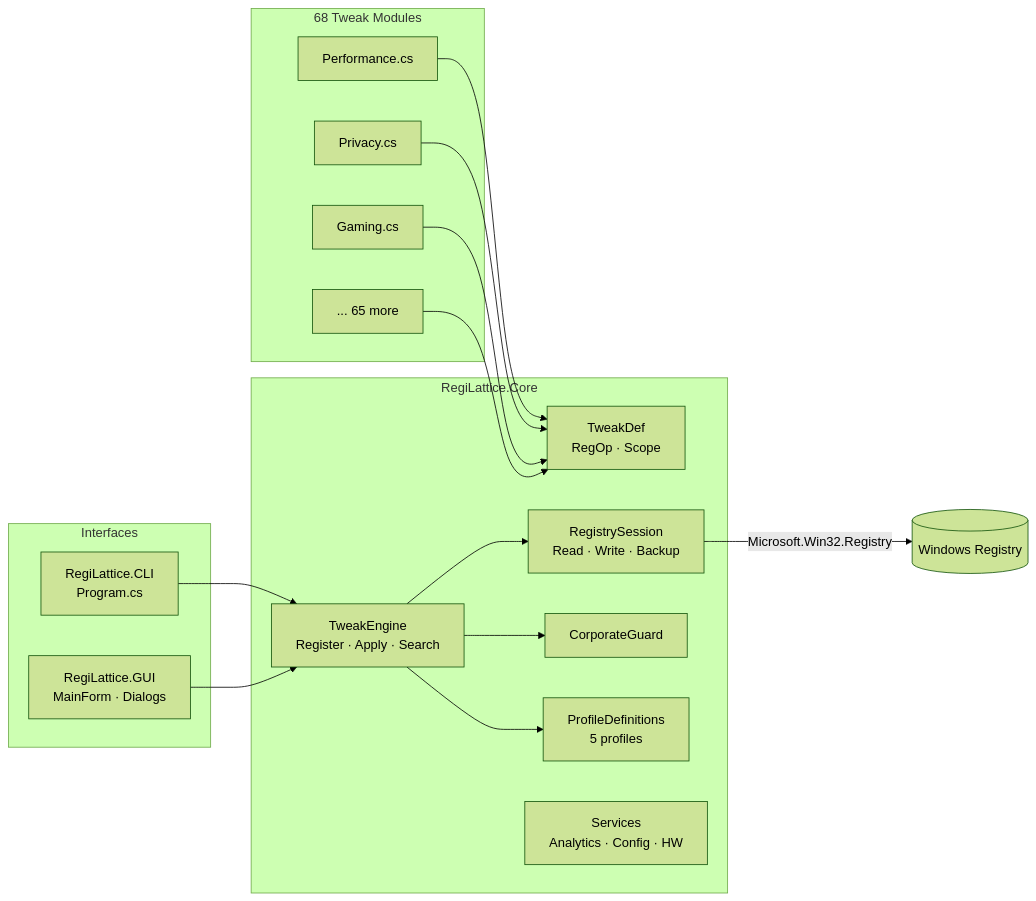
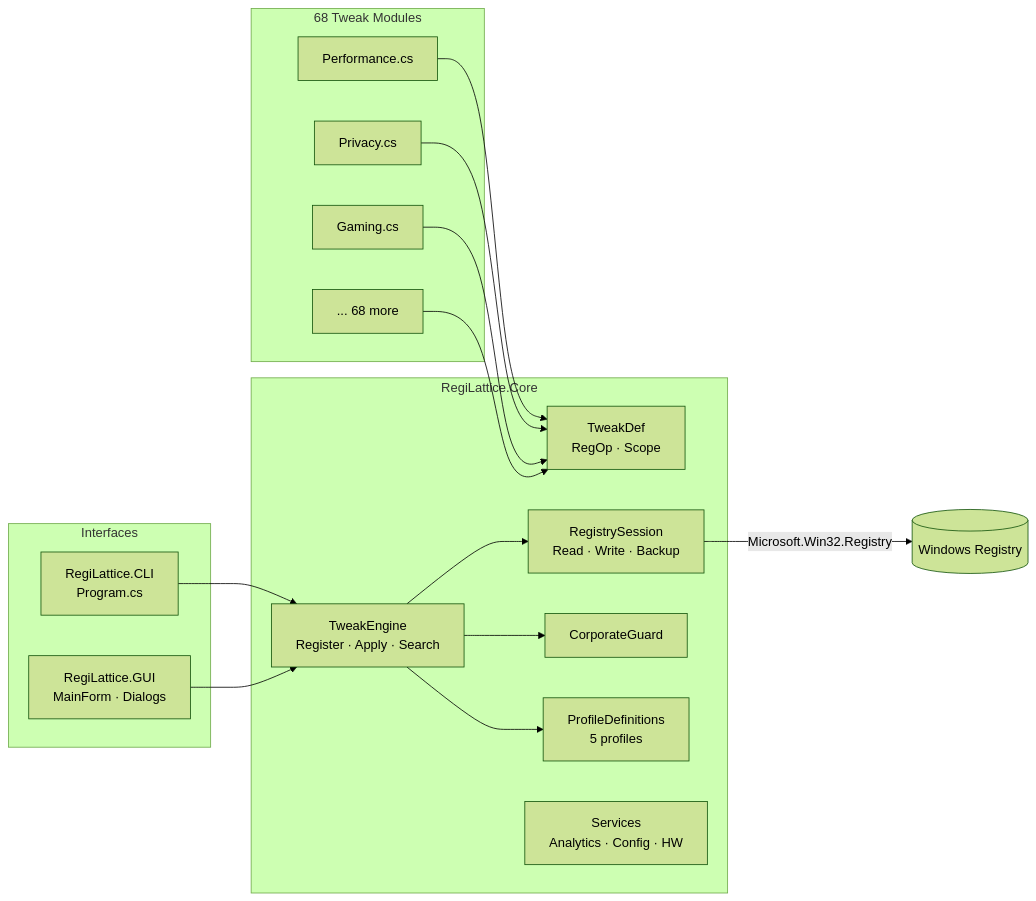
The diagram in Readme.md (RajwanYair/RegiLattice), drawn with Mermaid (forest theme) before and after one commit. The commit also changed other lines of this file and 78 other files, not shown here.

````diff
--- a/Readme.md
+++ b/Readme.md
@@ -34,34 +34,34 @@
 ```mermaid
 graph LR
     subgraph Interfaces
         CLI[RegiLattice.CLI<br/>Program.cs]
         GUI[RegiLattice.GUI<br/>MainForm · Dialogs]
     end
 
     subgraph Core["RegiLattice.Core"]
         TE[TweakEngine<br/>Register · Apply · Search]
         TD[TweakDef<br/>RegOp · Scope]
         RS[RegistrySession<br/>Read · Write · Backup]
         CG[CorporateGuard]
         PD[ProfileDefinitions<br/>5 profiles]
         SV[Services<br/>Analytics · Config · HW]
     end
 
     subgraph Tweaks["68 Tweak Modules"]
         T1[Performance.cs]
         T2[Privacy.cs]
         T3[Gaming.cs]
-        TN[... 65 more]
+        TN[... 68 more]
     end
 
     CLI --> TE
     GUI --> TE
     TE --> RS
     TE --> CG
     TE --> PD
     T1 --> TD
     T2 --> TD
     T3 --> TD
     TN --> TD
     RS -->|Microsoft.Win32.Registry| WR[(Windows Registry)]
 ```
````
